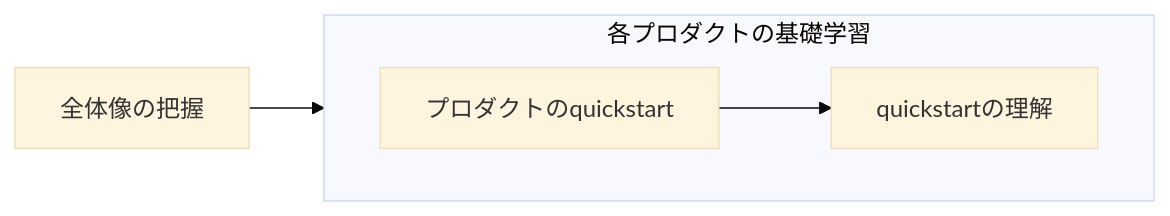
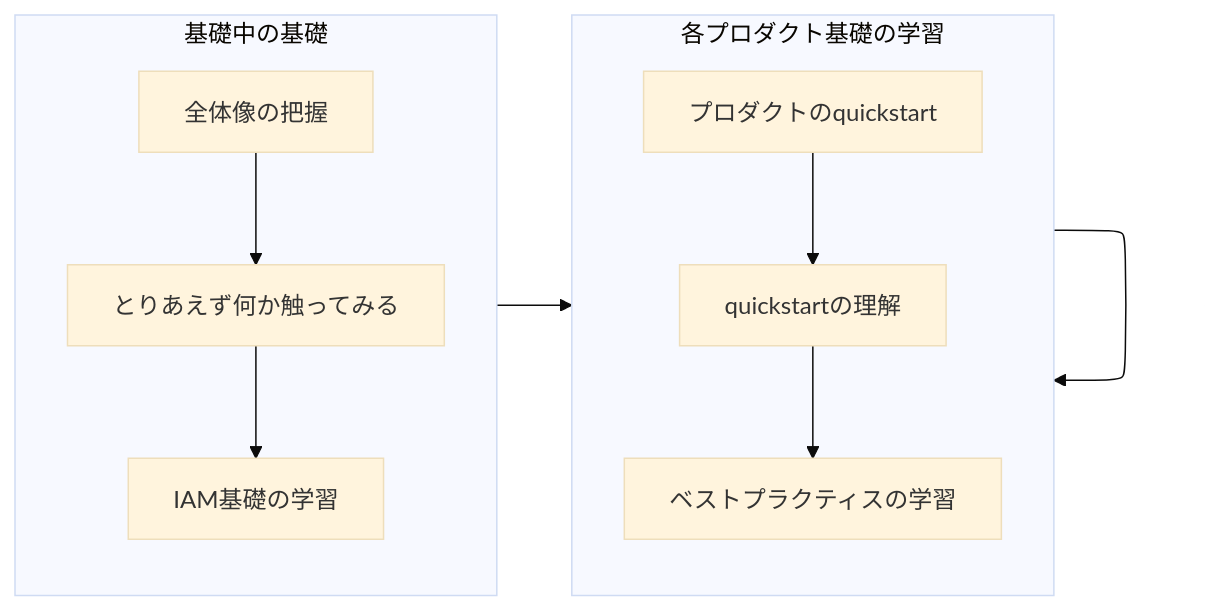
Before and after one commit to nownabe/zenn: the diagram in articles/field-guide-to-google-cloud.md, drawn with Mermaid (base theme). The commit also changed other lines of this file, not shown here.

````diff
--- a/articles/field-guide-to-google-cloud.md
+++ b/articles/field-guide-to-google-cloud.md
@@ -59,9 +61,17 @@
 ```mermaid
 flowchart LR
-  全体像の把握 --> 各プロダクトの基礎学習
+  subgraph 基礎中の基礎
+    direction TB
+    A[全体像の把握] --> B[とりあえず何か触ってみる]
+    B --> C[IAM基礎の学習]
+  end
 
-  subgraph 各プロダクトの基礎学習
-    direction LR
+  基礎中の基礎--> D
+  D --> D
+
+  subgraph D[各プロダクト基礎の学習]
+    direction TB
     プロダクトのquickstart --> quickstartの理解
+    quickstartの理解 --> ベストプラクティスの学習
   end
 ```
````
